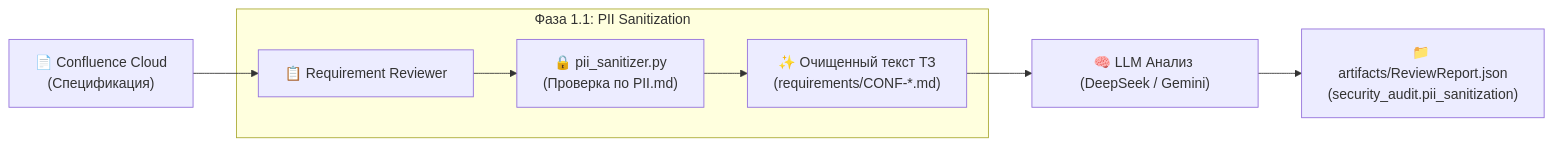
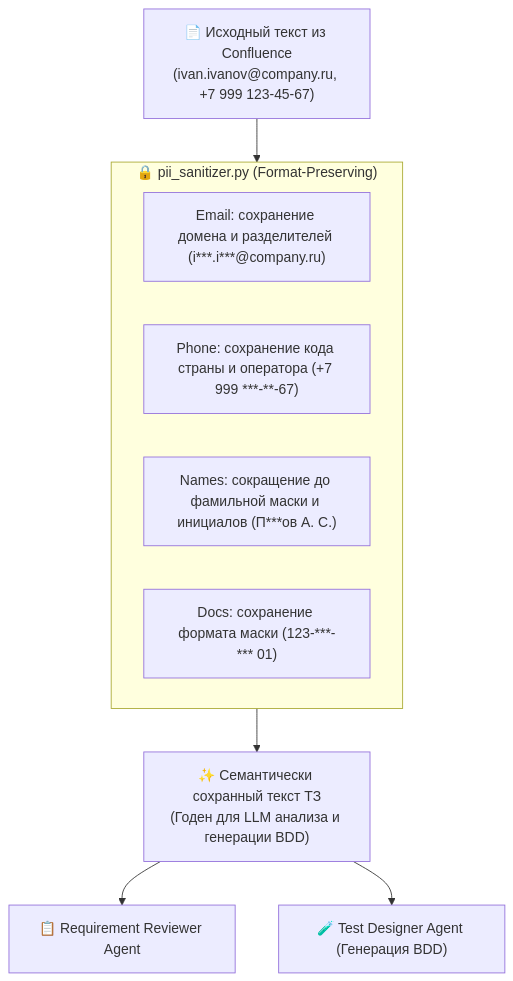
The diagram in PII.md (Kristacom/qa-multiagent-study), drawn with Mermaid before and after one commit. The commit also changed other lines of this file and 1 other file, not shown here.

Commit message:
feat(pii): implement format-preserving masking for emails, phones, names, and docs

````diff
--- a/PII.md
+++ b/PII.md
@@ -45,10 +55,18 @@
 ```mermaid
-flowchart LR
-    Conf["📄 Confluence Cloud\n(Спецификация)"] --> Reviewer["📋 Requirement Reviewer"]
-    subgraph Sanitization ["Фаза 1.1: PII Sanitization"]
-        Reviewer --> PII["🔒 pii_sanitizer.py\n(Проверка по PII.md)"]
-        PII --> CleanText["✨ Очищенный текст ТЗ\n(requirements/CONF-*.md)"]
+flowchart TD
+    Raw["📄 Исходный текст из Confluence\n(ivan.ivanov@company.ru, +7 999 123-45-67)"]
+    
+    subgraph Sanitizer ["🔒 pii_sanitizer.py (Format-Preserving)"]
+        Rule1["Email: сохранение домена и разделителей (i***.i***@company.ru)"]
+        Rule2["Phone: сохранение кода страны и оператора (+7 999 ***-**-67)"]
+        Rule3["Names: сокращение до фамильной маски и инициалов (П***ов А. С.)"]
+        Rule4["Docs: сохранение формата маски (123-***-*** 01)"]
     end
-    CleanText --> LLM["🧠 LLM Анализ (DeepSeek / Gemini)"]
-    LLM --> Artifacts["📁 artifacts/ReviewReport.json\n(security_audit.pii_sanitization)"]
+    
+    Clean["✨ Семантически сохранный текст ТЗ\n(Годен для LLM анализа и генерации BDD)"]
+    
+    Raw --> Sanitizer
+    Sanitizer --> Clean
+    Clean --> Reviewer["📋 Requirement Reviewer Agent"]
+    Clean --> Designer["🧪 Test Designer Agent (Генерация BDD)"]
 ```
````
